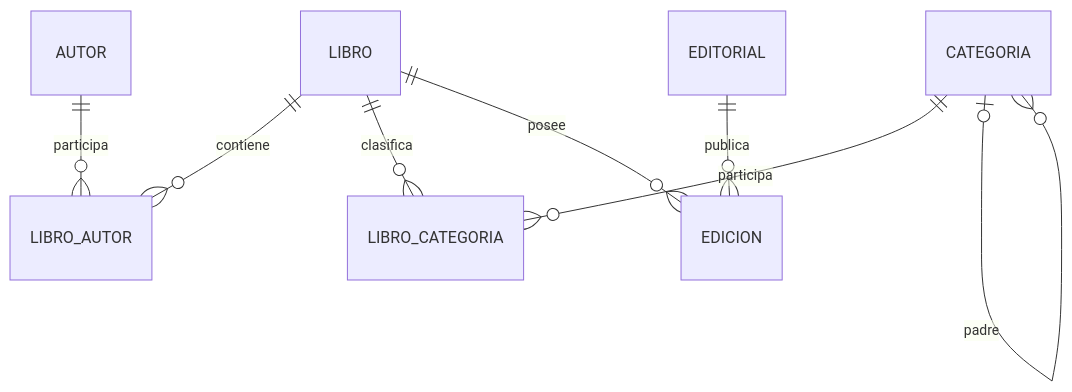
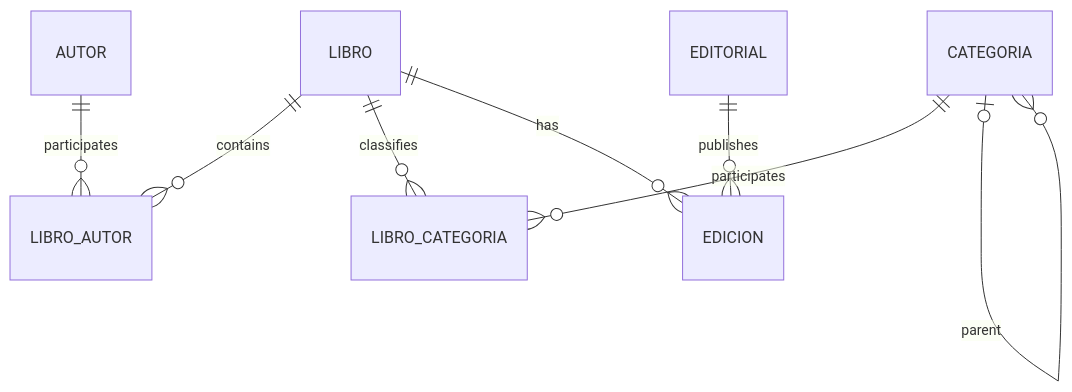
Before and after one commit to andres18113/pliego-muejeje: the third of 6 diagrams in logical-erd-v1.0.md, drawn with Mermaid. The commit also changed other lines of this file and 6 other files, not shown here.

````diff
--- a/logical-erd-v1.0.md
+++ b/logical-erd-v1.0.md
@@ -1887,12 +1887,12 @@
 ```mermaid
 erDiagram
-    LIBRO ||--o{ LIBRO_AUTOR : contiene
-    AUTOR ||--o{ LIBRO_AUTOR : participa
+    LIBRO ||--o{ LIBRO_AUTOR : contains
+    AUTOR ||--o{ LIBRO_AUTOR : participates
 
-    LIBRO ||--o{ LIBRO_CATEGORIA : clasifica
-    CATEGORIA ||--o{ LIBRO_CATEGORIA : participa
-    CATEGORIA o|--o{ CATEGORIA : padre
+    LIBRO ||--o{ LIBRO_CATEGORIA : classifies
+    CATEGORIA ||--o{ LIBRO_CATEGORIA : participates
+    CATEGORIA o|--o{ CATEGORIA : parent
 
-    LIBRO ||--o{ EDICION : posee
-    EDITORIAL ||--o{ EDICION : publica
+    LIBRO ||--o{ EDICION : has
+    EDITORIAL ||--o{ EDICION : publishes
 ```
````
